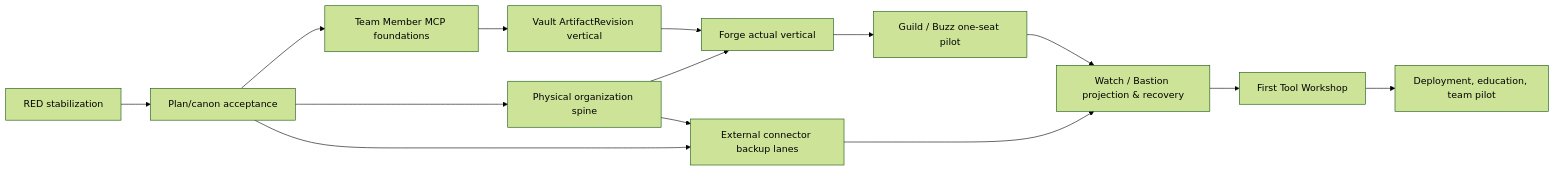
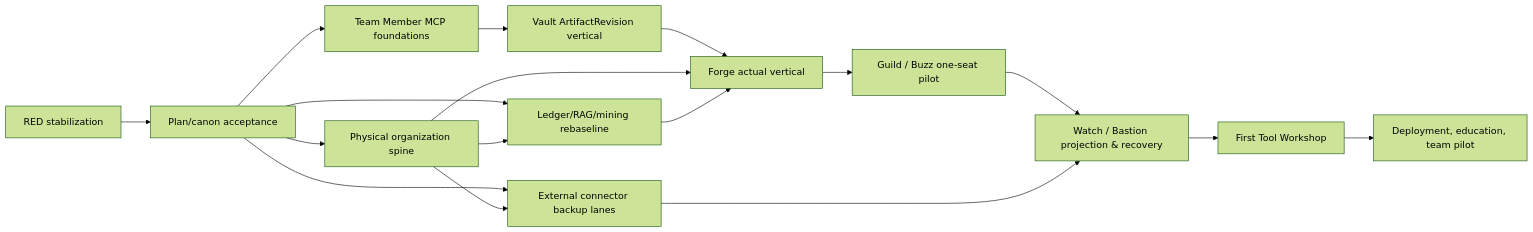
The diagram in docs/architecture/foundation/team_member_engineering_program/14_ROADMAP_GATES_AND_DAG.md (SungYongMOON/soulforge), drawn with Mermaid (forest theme) before and after one commit. The commit also changed other lines of this file and 6 other files, not shown here.

Commit message:
docs(program): add Ledger RAG mining rebaseline

````diff
--- a/docs/architecture/foundation/team_member_engineering_program/14_ROADMAP_GATES_AND_DAG.md
+++ b/docs/architecture/foundation/team_member_engineering_program/14_ROADMAP_GATES_AND_DAG.md
@@ -13,16 +13,19 @@
 ```mermaid
 flowchart LR
   R[RED stabilization] --> P[Plan/canon acceptance]
   P --> M[Team Member MCP foundations]
   P --> O[Physical organization spine]
+  P --> L[Ledger/RAG/mining rebaseline]
+  O --> L
   M --> V[Vault ArtifactRevision vertical]
   V --> F[Forge actual vertical]
   O --> F
+  L --> F
   F --> G[Guild / Buzz one-seat pilot]
   G --> W[Watch / Bastion projection & recovery]
   W --> T[First Tool Workshop]
   T --> D[Deployment, education, team pilot]
   P --> X[External connector backup lanes]
   O --> X
   X --> W
 ```
````
